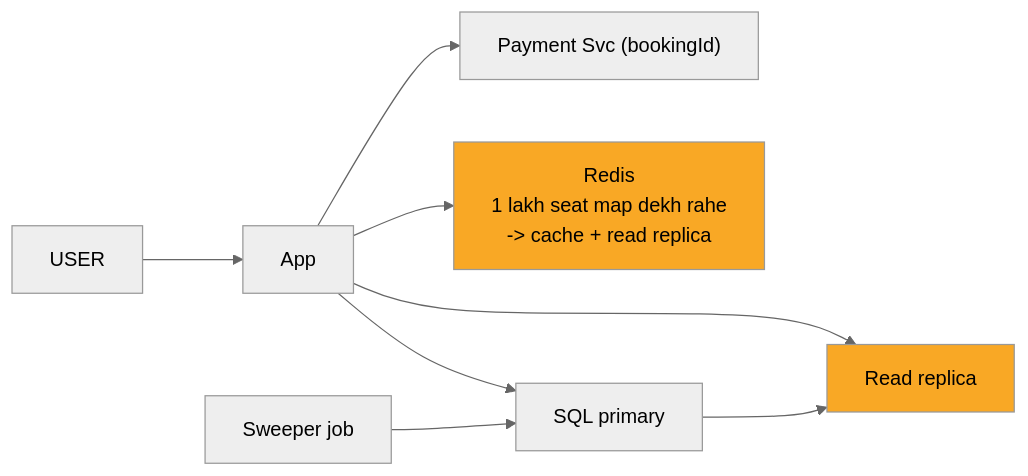
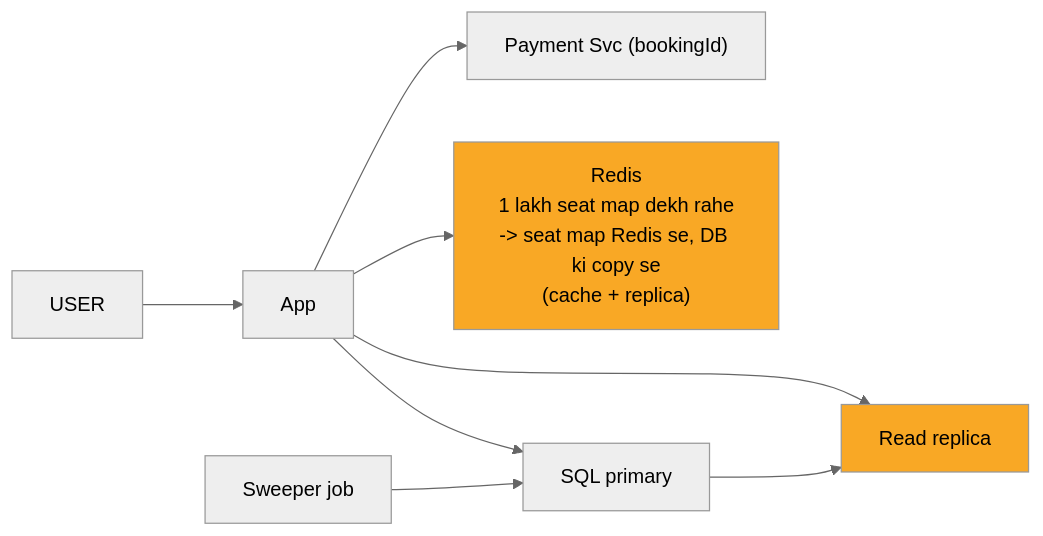
The fifth of 9 diagrams in 04_HLD/SYSTEM_DESIGNS/09_bookmyshow/09_bookmyshow_INTERVIEW.md (ArpanMaheshwari144/Prep), drawn with Mermaid (neutral theme) before and after one commit. The commit also changed other lines of this file and 13 other files, not shown here.

````diff
--- a/04_HLD/SYSTEM_DESIGNS/09_bookmyshow/09_bookmyshow_INTERVIEW.md
+++ b/04_HLD/SYSTEM_DESIGNS/09_bookmyshow/09_bookmyshow_INTERVIEW.md
@@ -175,19 +175,19 @@
 ```mermaid
 flowchart LR
     n_USER["USER"]
     n_App["App"]
     n_Payment_Svc["Payment Svc (bookingId)"]
-    n_Redis["Redis<br/>1 lakh seat map dekh rahe<br/>-> cache + read replica"]
+    n_Redis["Redis<br/>1 lakh seat map dekh rahe<br/>-> seat map Redis se, DB ki copy se<br/>(cache + replica)"]
     n_Read_replica["Read replica"]
     n_SQL_primary["SQL primary"]
     n_Sweeper_job["Sweeper job"]
     n_USER --> n_App
     n_App --> n_Payment_Svc
     n_App --> n_Redis
     n_App --> n_Read_replica
     n_App --> n_SQL_primary
     n_Sweeper_job --> n_SQL_primary
     n_SQL_primary --> n_Read_replica
     style n_Redis fill:#f9a825,color:#000
     style n_Read_replica fill:#f9a825,color:#000
 ```
````
